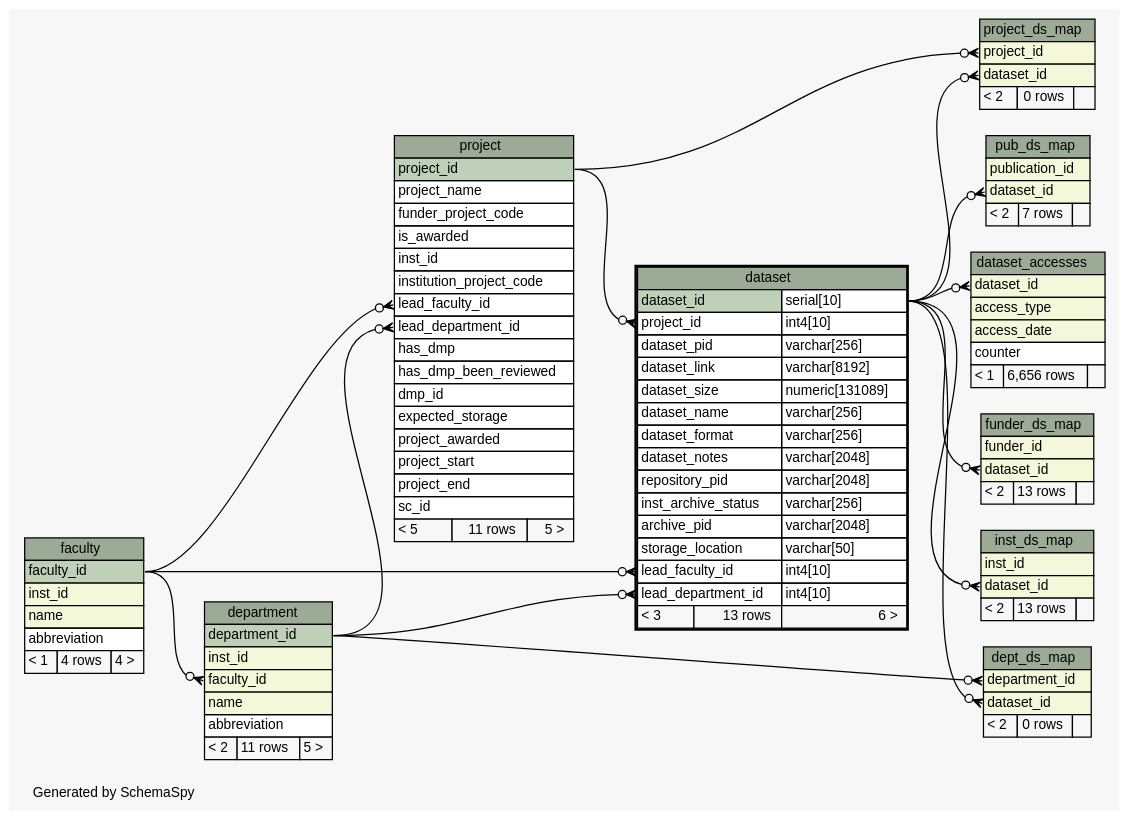
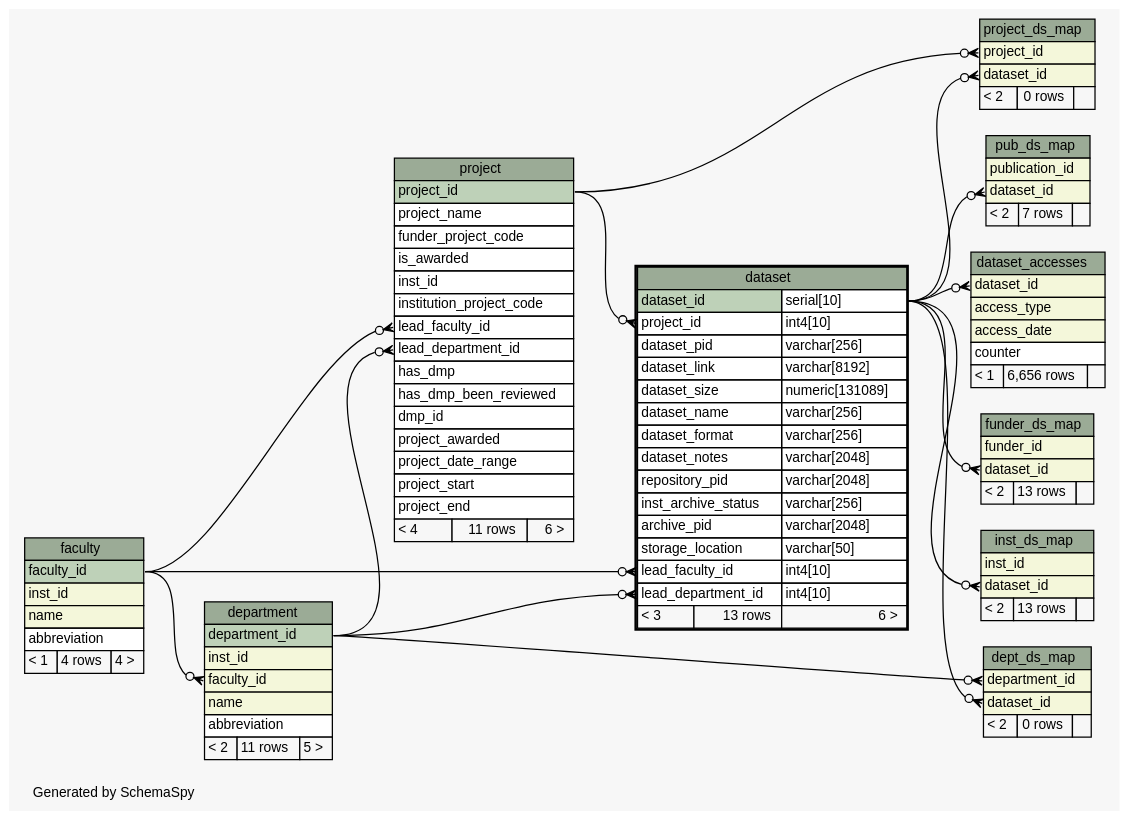
One commit to lulibrary/dmao_infrastructure changed the diagram in ss.out/diagrams/dataset.1degree.dot. Above: the diagram before and after it, drawn with Graphviz. The commit also changed 121 other files, not shown here.

First line of the commit message:
dmao_infrastructure-3 Changes to support multiple storage platforms per project and costing changes over time. Now looking at the API interface to all this. Work in progress.

```diff
--- a/ss.out/diagrams/dataset.1degree.dot
+++ b/ss.out/diagrams/dataset.1degree.dot
@@ -1,179 +1,178 @@
-// dot 2.36.0 on Linux 3.13.0-55-generic
+// dot 2.36.0 on Linux 3.13.0-62-generic
 // SchemaSpy rev 590
 digraph "oneDegreeRelationshipsDiagram" {
   graph [
     rankdir="RL"
     bgcolor="#f7f7f7"
     label="\nGenerated by SchemaSpy"
     labeljust="l"
     nodesep="0.18"
     ranksep="0.46"
     fontname="Helvetica"
     fontsize="11"
   ];
   node [
     fontname="Helvetica"
     fontsize="11"
     shape="plaintext"
   ];
   edge [
     arrowsize="0.8"
   ];
   "dataset":"lead_department_id":w -> "department":"department_id":e [arrowhead=none dir=back arrowtail=crowodot];
   "dataset":"lead_faculty_id":w -> "faculty":"faculty_id":e [arrowhead=none dir=back arrowtail=crowodot];
   "dataset":"project_id":w -> "project":"project_id":e [arrowhead=none dir=back arrowtail=crowodot];
   "dataset_accesses":"dataset_id":w -> "dataset":"dataset_id.type":e [arrowhead=none dir=back arrowtail=crowodot];
   "department":"faculty_id":w -> "faculty":"faculty_id":e [arrowhead=none dir=back arrowtail=crowodot];
   "dept_ds_map":"dataset_id":w -> "dataset":"dataset_id.type":e [arrowhead=none dir=back arrowtail=crowodot];
   "dept_ds_map":"department_id":w -> "department":"department_id":e [arrowhead=none dir=back arrowtail=crowodot];
   "funder_ds_map":"dataset_id":w -> "dataset":"dataset_id.type":e [arrowhead=none dir=back arrowtail=crowodot];
   "inst_ds_map":"dataset_id":w -> "dataset":"dataset_id.type":e [arrowhead=none dir=back arrowtail=crowodot];
   "project":"lead_department_id":w -> "department":"department_id":e [arrowhead=none dir=back arrowtail=crowodot];
   "project":"lead_faculty_id":w -> "faculty":"faculty_id":e [arrowhead=none dir=back arrowtail=crowodot];
   "project_ds_map":"dataset_id":w -> "dataset":"dataset_id.type":e [arrowhead=none dir=back arrowtail=crowodot];
   "project_ds_map":"project_id":w -> "project":"project_id":e [arrowhead=none dir=back arrowtail=crowodot];
   "pub_ds_map":"dataset_id":w -> "dataset":"dataset_id.type":e [arrowhead=none dir=back arrowtail=crowodot];
   "dataset" [
     label=<
     <TABLE BORDER="2" CELLBORDER="1" CELLSPACING="0" BGCOLOR="#ffffff">
       <TR><TD COLSPAN="3" BGCOLOR="#9bab96" ALIGN="CENTER">dataset</TD></TR>
       <TR><TD PORT="dataset_id" COLSPAN="2" BGCOLOR="#bed1b8" ALIGN="LEFT">dataset_id</TD><TD PORT="dataset_id.type" ALIGN="LEFT">serial[10]</TD></TR>
       <TR><TD PORT="project_id" COLSPAN="2" ALIGN="LEFT">project_id</TD><TD PORT="project_id.type" ALIGN="LEFT">int4[10]</TD></TR>
       <TR><TD PORT="dataset_pid" COLSPAN="2" ALIGN="LEFT">dataset_pid</TD><TD PORT="dataset_pid.type" ALIGN="LEFT">varchar[256]</TD></TR>
       <TR><TD PORT="dataset_link" COLSPAN="2" ALIGN="LEFT">dataset_link</TD><TD PORT="dataset_link.type" ALIGN="LEFT">varchar[8192]</TD></TR>
       <TR><TD PORT="dataset_size" COLSPAN="2" ALIGN="LEFT">dataset_size</TD><TD PORT="dataset_size.type" ALIGN="LEFT">numeric[131089]</TD></TR>
       <TR><TD PORT="dataset_name" COLSPAN="2" ALIGN="LEFT">dataset_name</TD><TD PORT="dataset_name.type" ALIGN="LEFT">varchar[256]</TD></TR>
       <TR><TD PORT="dataset_format" COLSPAN="2" ALIGN="LEFT">dataset_format</TD><TD PORT="dataset_format.type" ALIGN="LEFT">varchar[256]</TD></TR>
       <TR><TD PORT="dataset_notes" COLSPAN="2" ALIGN="LEFT">dataset_notes</TD><TD PORT="dataset_notes.type" ALIGN="LEFT">varchar[2048]</TD></TR>
       <TR><TD PORT="repository_pid" COLSPAN="2" ALIGN="LEFT">repository_pid</TD><TD PORT="repository_pid.type" ALIGN="LEFT">varchar[2048]</TD></TR>
       <TR><TD PORT="inst_archive_status" COLSPAN="2" ALIGN="LEFT">inst_archive_status</TD><TD PORT="inst_archive_status.type" ALIGN="LEFT">varchar[256]</TD></TR>
       <TR><TD PORT="archive_pid" COLSPAN="2" ALIGN="LEFT">archive_pid</TD><TD PORT="archive_pid.type" ALIGN="LEFT">varchar[2048]</TD></TR>
       <TR><TD PORT="storage_location" COLSPAN="2" ALIGN="LEFT">storage_location</TD><TD PORT="storage_location.type" ALIGN="LEFT">varchar[50]</TD></TR>
       <TR><TD PORT="lead_faculty_id" COLSPAN="2" ALIGN="LEFT">lead_faculty_id</TD><TD PORT="lead_faculty_id.type" ALIGN="LEFT">int4[10]</TD></TR>
       <TR><TD PORT="lead_department_id" COLSPAN="2" ALIGN="LEFT">lead_department_id</TD><TD PORT="lead_department_id.type" ALIGN="LEFT">int4[10]</TD></TR>
       <TR><TD ALIGN="LEFT" BGCOLOR="#f7f7f7">&lt; 3</TD><TD ALIGN="RIGHT" BGCOLOR="#f7f7f7">13 rows</TD><TD ALIGN="RIGHT" BGCOLOR="#f7f7f7">6 &gt;</TD></TR>
     </TABLE>>
     URL="dataset.html"
     tooltip="dataset"
   ];
   "dataset_accesses" [
     label=<
     <TABLE BORDER="0" CELLBORDER="1" CELLSPACING="0" BGCOLOR="#ffffff">
       <TR><TD COLSPAN="3" BGCOLOR="#9bab96" ALIGN="CENTER">dataset_accesses</TD></TR>
       <TR><TD PORT="dataset_id" COLSPAN="3" BGCOLOR="#f4f7da" ALIGN="LEFT">dataset_id</TD></TR>
       <TR><TD PORT="access_type" COLSPAN="3" BGCOLOR="#f4f7da" ALIGN="LEFT">access_type</TD></TR>
       <TR><TD PORT="access_date" COLSPAN="3" BGCOLOR="#f4f7da" ALIGN="LEFT">access_date</TD></TR>
       <TR><TD PORT="counter" COLSPAN="3" ALIGN="LEFT">counter</TD></TR>
       <TR><TD ALIGN="LEFT" BGCOLOR="#f7f7f7">&lt; 1</TD><TD ALIGN="RIGHT" BGCOLOR="#f7f7f7">6,656 rows</TD><TD ALIGN="RIGHT" BGCOLOR="#f7f7f7">  </TD></TR>
     </TABLE>>
     URL="dataset_accesses.html"
     tooltip="dataset_accesses"
   ];
   "department" [
     label=<
     <TABLE BORDER="0" CELLBORDER="1" CELLSPACING="0" BGCOLOR="#ffffff">
       <TR><TD COLSPAN="3" BGCOLOR="#9bab96" ALIGN="CENTER">department</TD></TR>
       <TR><TD PORT="department_id" COLSPAN="3" BGCOLOR="#bed1b8" ALIGN="LEFT">department_id</TD></TR>
       <TR><TD PORT="inst_id" COLSPAN="3" BGCOLOR="#f4f7da" ALIGN="LEFT">inst_id</TD></TR>
       <TR><TD PORT="faculty_id" COLSPAN="3" BGCOLOR="#f4f7da" ALIGN="LEFT">faculty_id</TD></TR>
       <TR><TD PORT="name" COLSPAN="3" BGCOLOR="#f4f7da" ALIGN="LEFT">name</TD></TR>
       <TR><TD PORT="abbreviation" COLSPAN="3" ALIGN="LEFT">abbreviation</TD></TR>
       <TR><TD ALIGN="LEFT" BGCOLOR="#f7f7f7">&lt; 2</TD><TD ALIGN="RIGHT" BGCOLOR="#f7f7f7">11 rows</TD><TD ALIGN="RIGHT" BGCOLOR="#f7f7f7">5 &gt;</TD></TR>
     </TABLE>>
     URL="department.html"
     tooltip="department"
   ];
   "dept_ds_map" [
     label=<
     <TABLE BORDER="0" CELLBORDER="1" CELLSPACING="0" BGCOLOR="#ffffff">
       <TR><TD COLSPAN="3" BGCOLOR="#9bab96" ALIGN="CENTER">dept_ds_map</TD></TR>
       <TR><TD PORT="department_id" COLSPAN="3" BGCOLOR="#f4f7da" ALIGN="LEFT">department_id</TD></TR>
       <TR><TD PORT="dataset_id" COLSPAN="3" BGCOLOR="#f4f7da" ALIGN="LEFT">dataset_id</TD></TR>
       <TR><TD ALIGN="LEFT" BGCOLOR="#f7f7f7">&lt; 2</TD><TD ALIGN="RIGHT" BGCOLOR="#f7f7f7">0 rows</TD><TD ALIGN="RIGHT" BGCOLOR="#f7f7f7">  </TD></TR>
     </TABLE>>
     URL="dept_ds_map.html"
     tooltip="dept_ds_map"
   ];
   "faculty" [
     label=<
     <TABLE BORDER="0" CELLBORDER="1" CELLSPACING="0" BGCOLOR="#ffffff">
       <TR><TD COLSPAN="3" BGCOLOR="#9bab96" ALIGN="CENTER">faculty</TD></TR>
       <TR><TD PORT="faculty_id" COLSPAN="3" BGCOLOR="#bed1b8" ALIGN="LEFT">faculty_id</TD></TR>
       <TR><TD PORT="inst_id" COLSPAN="3" BGCOLOR="#f4f7da" ALIGN="LEFT">inst_id</TD></TR>
       <TR><TD PORT="name" COLSPAN="3" BGCOLOR="#f4f7da" ALIGN="LEFT">name</TD></TR>
       <TR><TD PORT="abbreviation" COLSPAN="3" ALIGN="LEFT">abbreviation</TD></TR>
       <TR><TD ALIGN="LEFT" BGCOLOR="#f7f7f7">&lt; 1</TD><TD ALIGN="RIGHT" BGCOLOR="#f7f7f7">4 rows</TD><TD ALIGN="RIGHT" BGCOLOR="#f7f7f7">4 &gt;</TD></TR>
     </TABLE>>
     URL="faculty.html"
     tooltip="faculty"
   ];
   "funder_ds_map" [
     label=<
     <TABLE BORDER="0" CELLBORDER="1" CELLSPACING="0" BGCOLOR="#ffffff">
       <TR><TD COLSPAN="3" BGCOLOR="#9bab96" ALIGN="CENTER">funder_ds_map</TD></TR>
       <TR><TD PORT="funder_id" COLSPAN="3" BGCOLOR="#f4f7da" ALIGN="LEFT">funder_id</TD></TR>
       <TR><TD PORT="dataset_id" COLSPAN="3" BGCOLOR="#f4f7da" ALIGN="LEFT">dataset_id</TD></TR>
       <TR><TD ALIGN="LEFT" BGCOLOR="#f7f7f7">&lt; 2</TD><TD ALIGN="RIGHT" BGCOLOR="#f7f7f7">13 rows</TD><TD ALIGN="RIGHT" BGCOLOR="#f7f7f7">  </TD></TR>
     </TABLE>>
     URL="funder_ds_map.html"
     tooltip="funder_ds_map"
   ];
   "inst_ds_map" [
     label=<
     <TABLE BORDER="0" CELLBORDER="1" CELLSPACING="0" BGCOLOR="#ffffff">
       <TR><TD COLSPAN="3" BGCOLOR="#9bab96" ALIGN="CENTER">inst_ds_map</TD></TR>
       <TR><TD PORT="inst_id" COLSPAN="3" BGCOLOR="#f4f7da" ALIGN="LEFT">inst_id</TD></TR>
       <TR><TD PORT="dataset_id" COLSPAN="3" BGCOLOR="#f4f7da" ALIGN="LEFT">dataset_id</TD></TR>
       <TR><TD ALIGN="LEFT" BGCOLOR="#f7f7f7">&lt; 2</TD><TD ALIGN="RIGHT" BGCOLOR="#f7f7f7">13 rows</TD><TD ALIGN="RIGHT" BGCOLOR="#f7f7f7">  </TD></TR>
     </TABLE>>
     URL="inst_ds_map.html"
     tooltip="inst_ds_map"
   ];
   "project" [
     label=<
     <TABLE BORDER="0" CELLBORDER="1" CELLSPACING="0" BGCOLOR="#ffffff">
       <TR><TD COLSPAN="3" BGCOLOR="#9bab96" ALIGN="CENTER">project</TD></TR>
       <TR><TD PORT="project_id" COLSPAN="3" BGCOLOR="#bed1b8" ALIGN="LEFT">project_id</TD></TR>
       <TR><TD PORT="project_name" COLSPAN="3" ALIGN="LEFT">project_name</TD></TR>
       <TR><TD PORT="funder_project_code" COLSPAN="3" ALIGN="LEFT">funder_project_code</TD></TR>
       <TR><TD PORT="is_awarded" COLSPAN="3" ALIGN="LEFT">is_awarded</TD></TR>
       <TR><TD PORT="inst_id" COLSPAN="3" ALIGN="LEFT">inst_id</TD></TR>
       <TR><TD PORT="institution_project_code" COLSPAN="3" ALIGN="LEFT">institution_project_code</TD></TR>
       <TR><TD PORT="lead_faculty_id" COLSPAN="3" ALIGN="LEFT">lead_faculty_id</TD></TR>
       <TR><TD PORT="lead_department_id" COLSPAN="3" ALIGN="LEFT">lead_department_id</TD></TR>
       <TR><TD PORT="has_dmp" COLSPAN="3" ALIGN="LEFT">has_dmp</TD></TR>
       <TR><TD PORT="has_dmp_been_reviewed" COLSPAN="3" ALIGN="LEFT">has_dmp_been_reviewed</TD></TR>
       <TR><TD PORT="dmp_id" COLSPAN="3" ALIGN="LEFT">dmp_id</TD></TR>
-      <TR><TD PORT="expected_storage" COLSPAN="3" ALIGN="LEFT">expected_storage</TD></TR>
       <TR><TD PORT="project_awarded" COLSPAN="3" ALIGN="LEFT">project_awarded</TD></TR>
+      <TR><TD PORT="project_date_range" COLSPAN="3" ALIGN="LEFT">project_date_range</TD></TR>
       <TR><TD PORT="project_start" COLSPAN="3" ALIGN="LEFT">project_start</TD></TR>
       <TR><TD PORT="project_end" COLSPAN="3" ALIGN="LEFT">project_end</TD></TR>
-      <TR><TD PORT="sc_id" COLSPAN="3" ALIGN="LEFT">sc_id</TD></TR>
-      <TR><TD ALIGN="LEFT" BGCOLOR="#f7f7f7">&lt; 5</TD><TD ALIGN="RIGHT" BGCOLOR="#f7f7f7">11 rows</TD><TD ALIGN="RIGHT" BGCOLOR="#f7f7f7">5 &gt;</TD></TR>
+      <TR><TD ALIGN="LEFT" BGCOLOR="#f7f7f7">&lt; 4</TD><TD ALIGN="RIGHT" BGCOLOR="#f7f7f7">11 rows</TD><TD ALIGN="RIGHT" BGCOLOR="#f7f7f7">6 &gt;</TD></TR>
     </TABLE>>
     URL="project.html"
     tooltip="project"
   ];
   "project_ds_map" [
     label=<
     <TABLE BORDER="0" CELLBORDER="1" CELLSPACING="0" BGCOLOR="#ffffff">
       <TR><TD COLSPAN="3" BGCOLOR="#9bab96" ALIGN="CENTER">project_ds_map</TD></TR>
       <TR><TD PORT="project_id" COLSPAN="3" BGCOLOR="#f4f7da" ALIGN="LEFT">project_id</TD></TR>
       <TR><TD PORT="dataset_id" COLSPAN="3" BGCOLOR="#f4f7da" ALIGN="LEFT">dataset_id</TD></TR>
       <TR><TD ALIGN="LEFT" BGCOLOR="#f7f7f7">&lt; 2</TD><TD ALIGN="RIGHT" BGCOLOR="#f7f7f7">0 rows</TD><TD ALIGN="RIGHT" BGCOLOR="#f7f7f7">  </TD></TR>
     </TABLE>>
     URL="project_ds_map.html"
     tooltip="project_ds_map"
   ];
   "pub_ds_map" [
     label=<
     <TABLE BORDER="0" CELLBORDER="1" CELLSPACING="0" BGCOLOR="#ffffff">
       <TR><TD COLSPAN="3" BGCOLOR="#9bab96" ALIGN="CENTER">pub_ds_map</TD></TR>
       <TR><TD PORT="publication_id" COLSPAN="3" BGCOLOR="#f4f7da" ALIGN="LEFT">publication_id</TD></TR>
       <TR><TD PORT="dataset_id" COLSPAN="3" BGCOLOR="#f4f7da" ALIGN="LEFT">dataset_id</TD></TR>
       <TR><TD ALIGN="LEFT" BGCOLOR="#f7f7f7">&lt; 2</TD><TD ALIGN="RIGHT" BGCOLOR="#f7f7f7">7 rows</TD><TD ALIGN="RIGHT" BGCOLOR="#f7f7f7">  </TD></TR>
     </TABLE>>
     URL="pub_ds_map.html"
     tooltip="pub_ds_map"
   ];
 }
```
